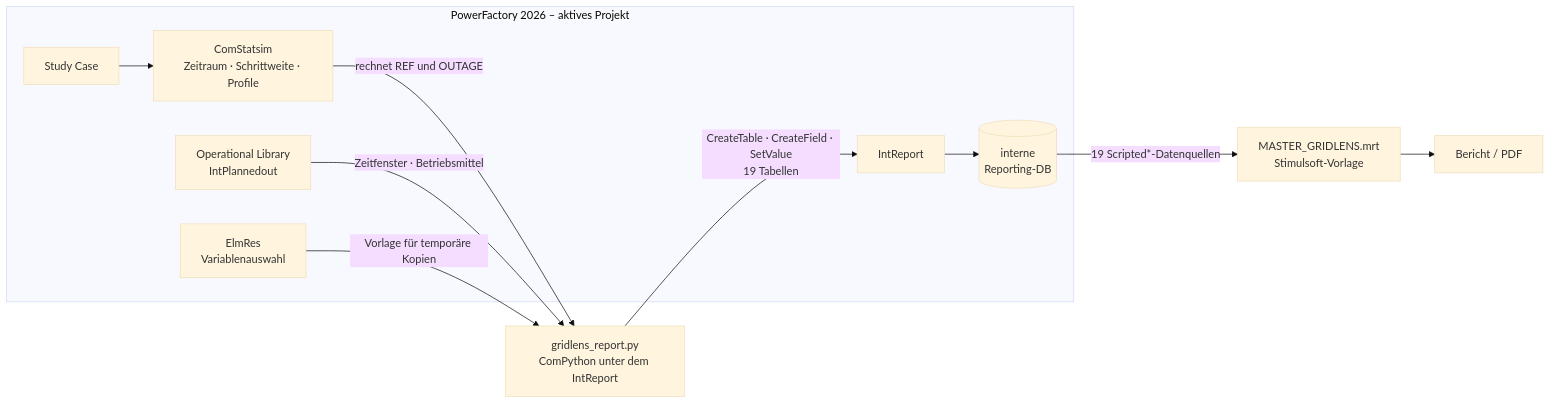
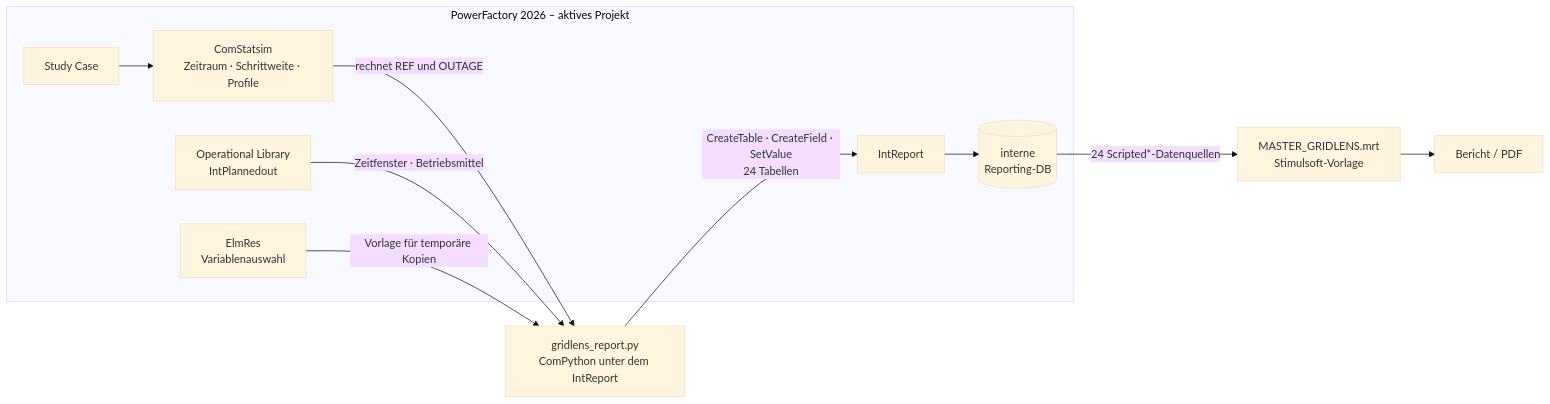
Before and after one commit to hadiibrahim-Engin/gridlens-powerfactory: the first of 8 diagrams in BIG_PICTURE.md, drawn with Mermaid (base theme). The commit also changed other lines of this file and 7 other files, not shown here.

````diff
--- a/BIG_PICTURE.md
+++ b/BIG_PICTURE.md
@@ -23,24 +23,24 @@
 ```mermaid
 flowchart LR
     subgraph PF["PowerFactory 2026 – aktives Projekt"]
         SC["Study Case"]
         QDS["ComStatsim<br/>Zeitraum · Schrittweite · Profile"]
         OUT["Operational Library<br/>IntPlannedout"]
         RES["ElmRes<br/>Variablenauswahl"]
         REP["IntReport"]
         DB[("interne<br/>Reporting-DB")]
     end
 
     PY["gridlens_report.py<br/>ComPython unter dem IntReport"]
     MRT["MASTER_GRIDLENS.mrt<br/>Stimulsoft-Vorlage"]
     PDF["Bericht / PDF"]
 
     SC --> QDS
     QDS -- "rechnet REF und OUTAGE" --> PY
     OUT -- "Zeitfenster · Betriebsmittel" --> PY
     RES -- "Vorlage für temporäre Kopien" --> PY
-    PY -- "CreateTable · CreateField · SetValue<br/>19 Tabellen" --> REP
+    PY -- "CreateTable · CreateField · SetValue<br/>24 Tabellen" --> REP
     REP --> DB
-    DB -- "19 Scripted*-Datenquellen" --> MRT
+    DB -- "24 Scripted*-Datenquellen" --> MRT
     MRT --> PDF
 ```
````
